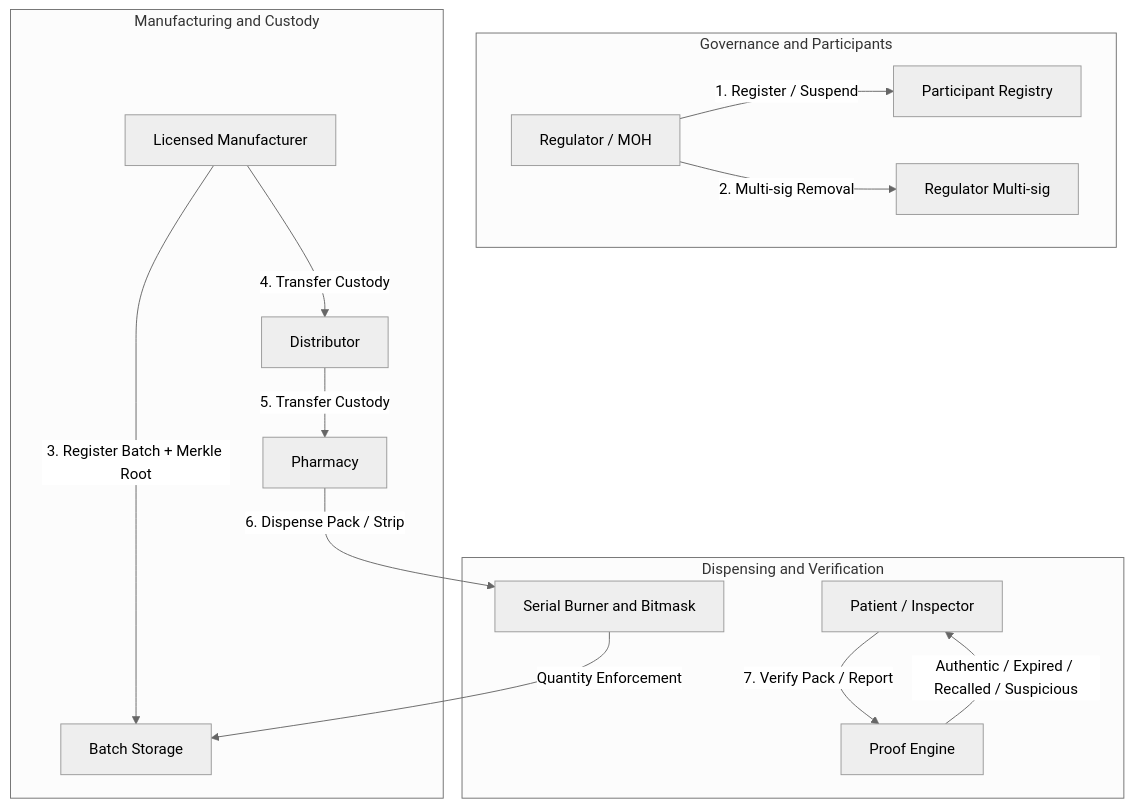
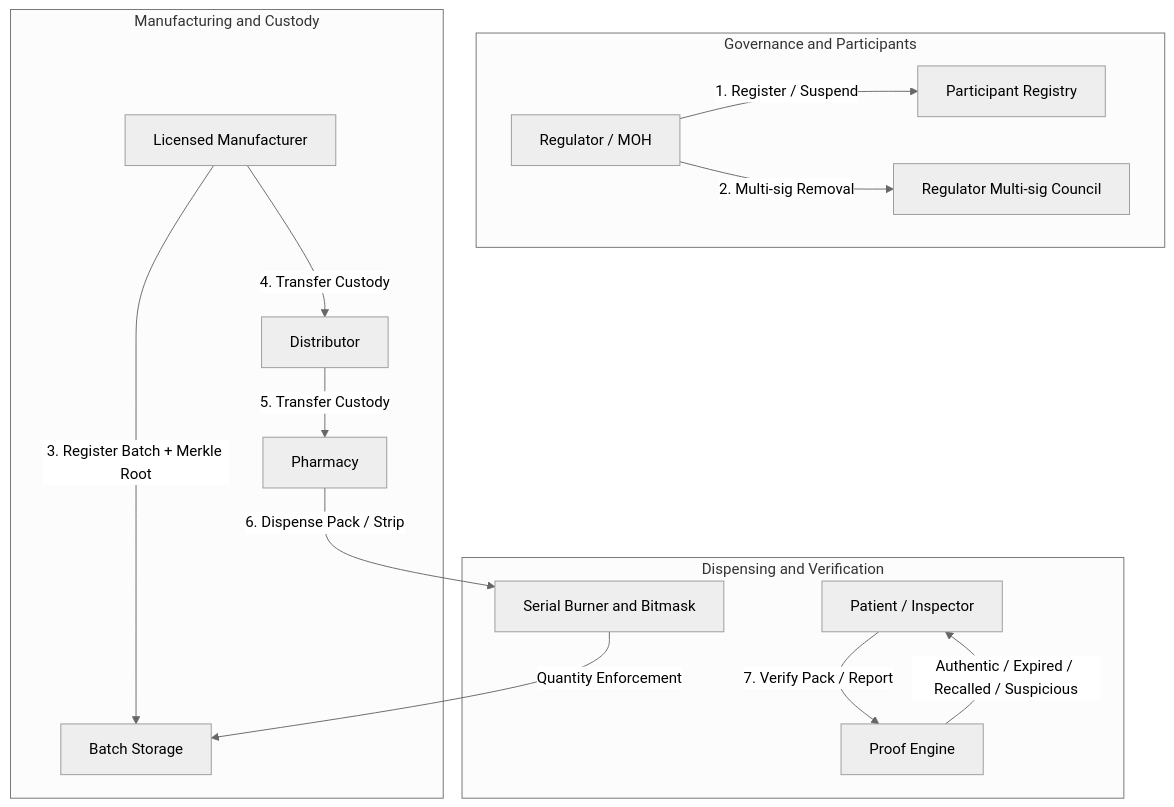
Before and after one commit to Soroban-Pharma-RxProof/Pharma-verify-contracts: the diagram in README.md, drawn with Mermaid (neutral theme). The commit also changed other lines of this file, not shown here.

````diff
--- a/README.md
+++ b/README.md
@@ -9,21 +15,21 @@
 ```mermaid
 graph TD
     subgraph Governance["Governance and Participants"]
         R["Regulator / MOH"] -->|1. Register / Suspend| REG["Participant Registry"]
-        R -->|2. Multi-sig Removal| GOV["Regulator Multi-sig"]
+        R -->|2. Multi-sig Removal| GOV["Regulator Multi-sig Council"]
     end
 
     subgraph Manufacturing["Manufacturing and Custody"]
         M["Licensed Manufacturer"] -->|3. Register Batch + Merkle Root| BAT["Batch Storage"]
         M -->|4. Transfer Custody| D["Distributor"]
         D -->|5. Transfer Custody| P["Pharmacy"]
     end
 
     subgraph Dispensing["Dispensing and Verification"]
         P -->|6. Dispense Pack / Strip| DISP["Serial Burner and Bitmask"]
         PAT["Patient / Inspector"] -->|7. Verify Pack / Report| VER["Proof Engine"]
     end
 
     VER -->|"Authentic / Expired / Recalled / Suspicious"| PAT
     DISP -->|"Quantity Enforcement"| BAT
 ```
````
